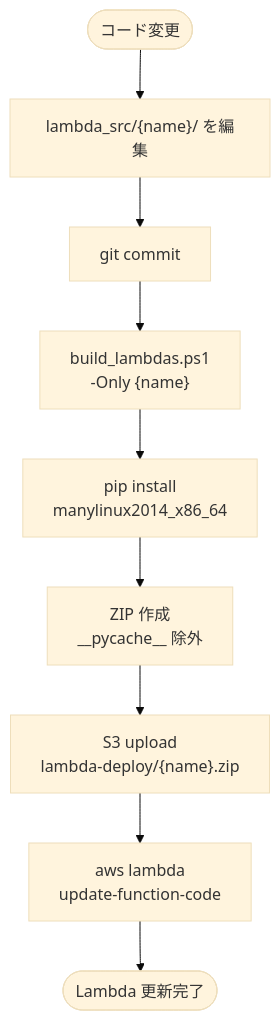
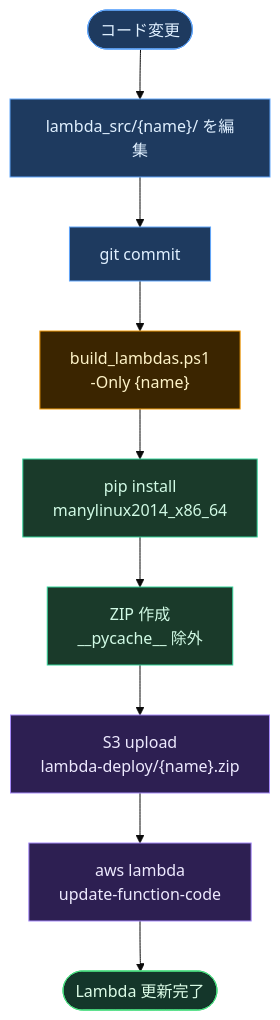
One commit to nabeo-git/investment changed the fourth of 6 diagrams in docs/05_operations_architecture.md. Above: the diagram before and after it, drawn with Mermaid (base theme). The commit also changed other lines of this file, not shown here.

First line of the commit message:
docs: Mermaid図にダーク/ライト両対応の色指定を追加

````diff
--- a/docs/05_operations_architecture.md
+++ b/docs/05_operations_architecture.md
@@ -109,11 +159,24 @@
 ```mermaid
 flowchart TD
-    A([コード変更]) --> B["lambda_src/{name}/ を編集"]
-    B --> C["git commit"]
-    C --> D["build_lambdas.ps1\n-Only {name}"]
-    D --> E["pip install\nmanylinux2014_x86_64"]
-    E --> F["ZIP 作成\n__pycache__ 除外"]
-    F --> G["S3 upload\nlambda-deploy/{name}.zip"]
-    G --> H["aws lambda\nupdate-function-code"]
-    H --> I([Lambda 更新完了])
+    A(["コード変更"])
+    B["lambda_src/{name}/ を編集"]
+    C["git commit"]
+    D["build_lambdas.ps1\n-Only {name}"]
+    E["pip install\nmanylinux2014_x86_64"]
+    F["ZIP 作成\n__pycache__ 除外"]
+    G["S3 upload\nlambda-deploy/{name}.zip"]
+    H["aws lambda\nupdate-function-code"]
+    I(["Lambda 更新完了"])
+
+    A --> B --> C --> D --> E --> F --> G --> H --> I
+
+    style A fill:#1e3a5f,stroke:#60a5fa,color:#e0f0ff
+    style B fill:#1e3a5f,stroke:#60a5fa,color:#e0f0ff
+    style C fill:#1e3a5f,stroke:#60a5fa,color:#e0f0ff
+    style D fill:#3b2500,stroke:#f59e0b,color:#fef3c7
+    style E fill:#1a3a2a,stroke:#34d399,color:#d1fae5
+    style F fill:#1a3a2a,stroke:#34d399,color:#d1fae5
+    style G fill:#2d1f52,stroke:#a78bfa,color:#ede9fe
+    style H fill:#2d1f52,stroke:#a78bfa,color:#ede9fe
+    style I fill:#14362a,stroke:#4ade80,color:#dcfce7
 ```
````
